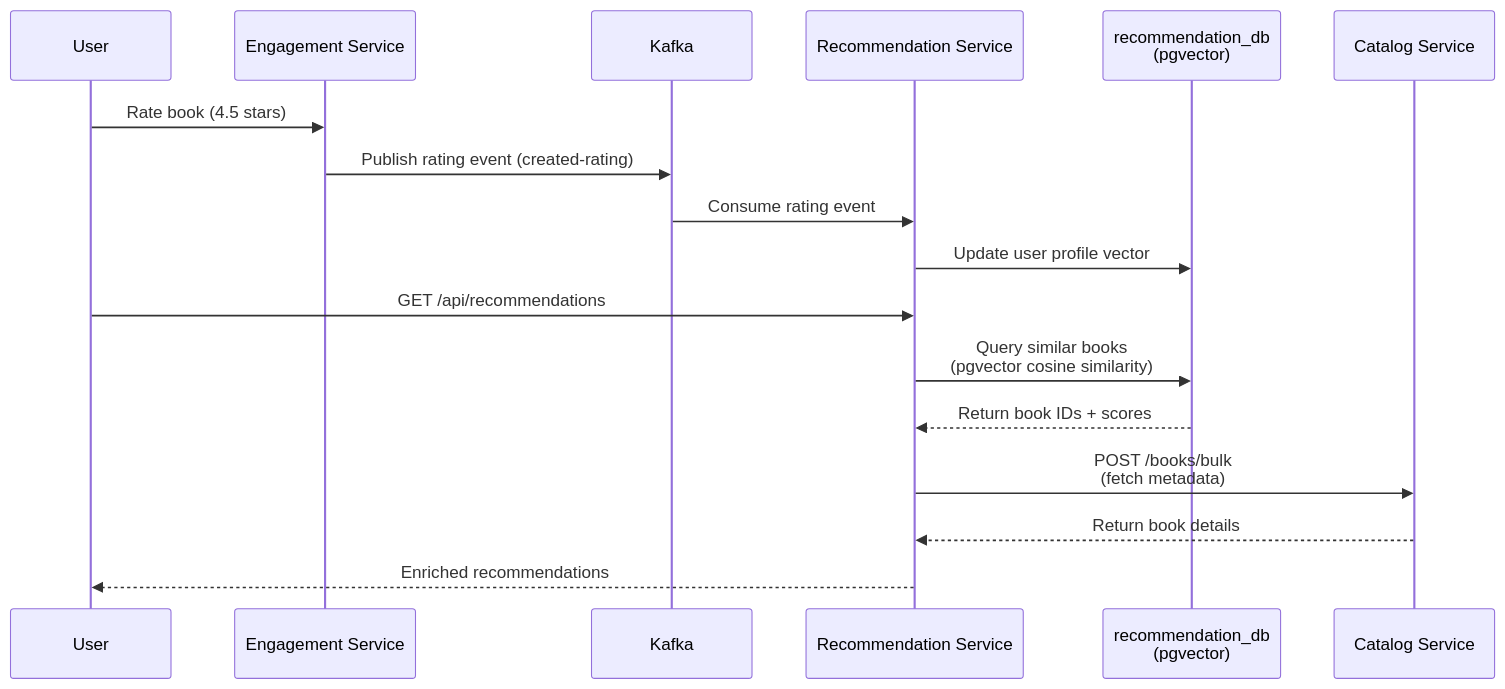
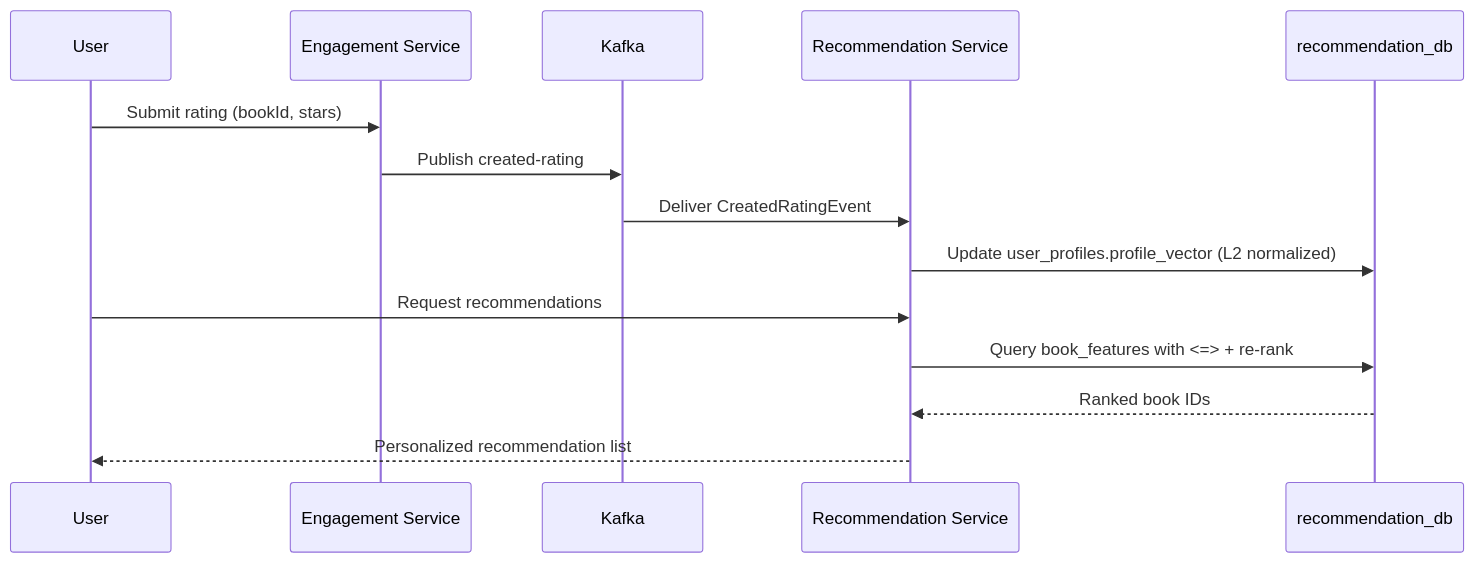
Before and after one commit to Luca5Eckert/VellumHub: the third of 3 diagrams in README.md, drawn with Mermaid. The commit also changed other lines of this file and 7 other files, not shown here.

````diff
--- a/README.md
+++ b/README.md
@@ -134,21 +189,18 @@
 ```mermaid
 sequenceDiagram
     participant User
-    participant RS as Engagement Service
-    participant Kafka
-    participant RCS as Recommendation Service
-    participant DB as recommendation_db<br/>(pgvector)
-    participant CS as Catalog Service
-    
-    User->>RS: Rate book (4.5 stars)
-    RS->>Kafka: Publish rating event (created-rating)
-    Kafka->>RCS: Consume rating event
-    RCS->>DB: Update user profile vector
-    
-    User->>RCS: GET /api/recommendations
-    RCS->>DB: Query similar books<br/>(pgvector cosine similarity)
-    DB-->>RCS: Return book IDs + scores
-    RCS->>CS: POST /books/bulk<br/>(fetch metadata)
-    CS-->>RCS: Return book details
-    RCS-->>User: Enriched recommendations
+    participant ES as Engagement Service
+    participant K as Kafka
+    participant RS as Recommendation Service
+    participant DB as recommendation_db
+
+    User->>ES: Submit rating (bookId, stars)
+    ES->>K: Publish created-rating
+    K->>RS: Deliver CreatedRatingEvent
+    RS->>DB: Update user_profiles.profile_vector (L2 normalized)
+
+    User->>RS: Request recommendations
+    RS->>DB: Query book_features with <=> + re-rank
+    DB-->>RS: Ranked book IDs
+    RS-->>User: Personalized recommendation list
 ```
````
